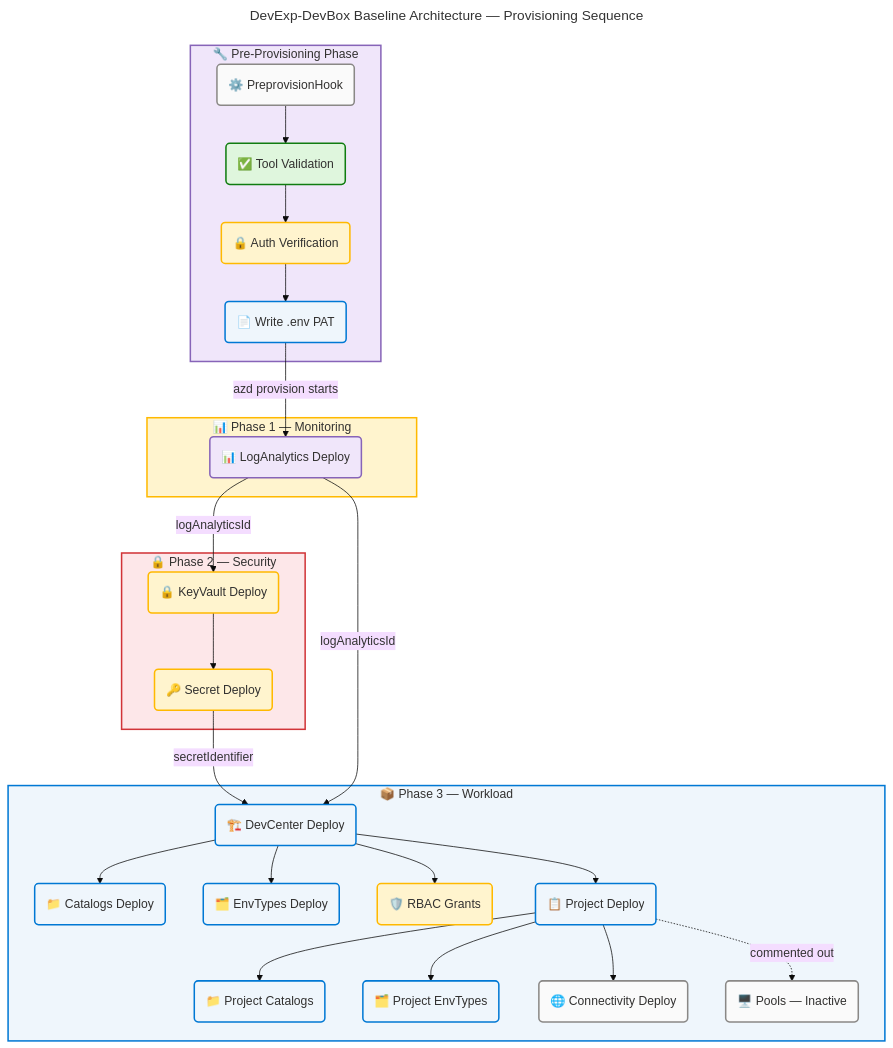
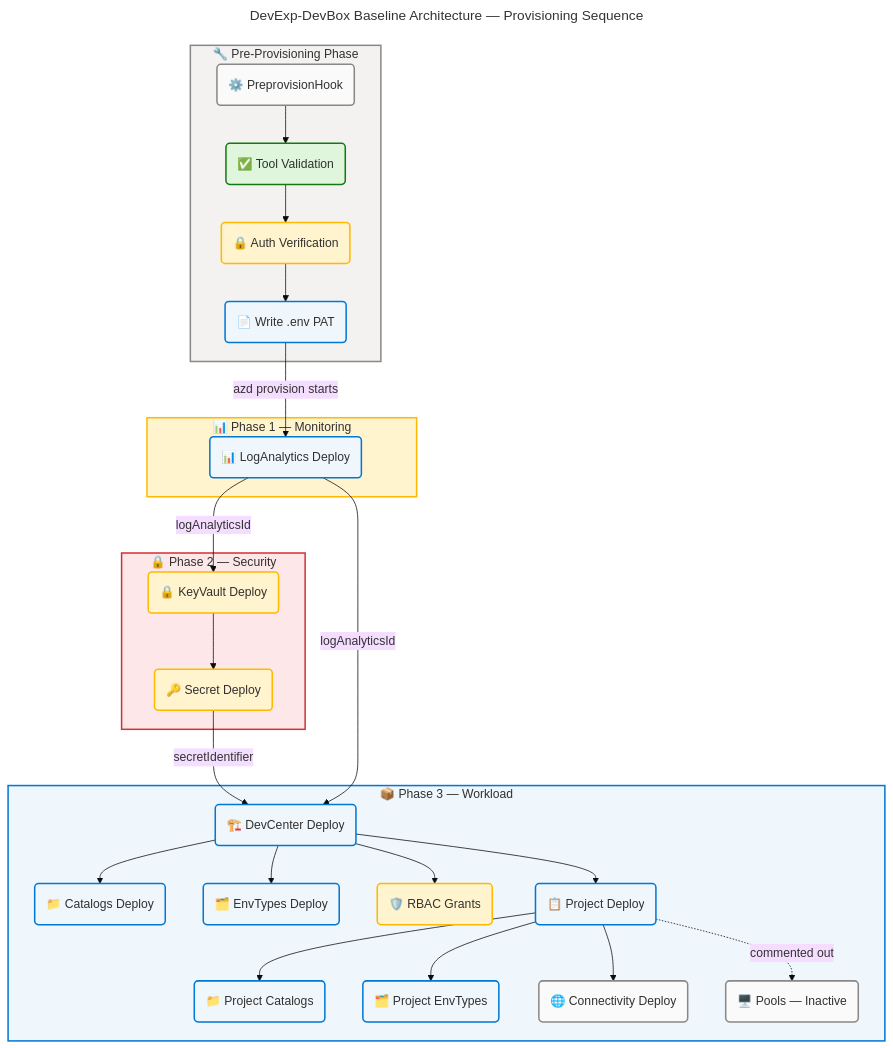
Before and after one commit to Evilazaro/DevExp-DevBox: the fifth of 7 diagrams in docs/architecture/application-architecture.md, drawn with Mermaid. The commit also changed other lines of this file, not shown here.

Commit message:
refactor: Update Mermaid diagram styles for improved visual consistency in application architecture documentation

````diff
--- a/docs/architecture/application-architecture.md
+++ b/docs/architecture/application-architecture.md
@@ -711,7 +705,7 @@
     end
 
     subgraph MonPhase["📊 Phase 1 — Monitoring"]
-        LAdepl("📊 LogAnalytics Deploy"):::data
+        LAdepl("📊 LogAnalytics Deploy"):::core
     end
 
     subgraph SecPhase["🔒 Phase 2 — Security"]
@@ -748,7 +742,7 @@
     ProjDepl --> ConnDepl
     ProjDepl -.->|"commented out"| PoolDepl
 
-    style PreProv fill:#F0E6FA,stroke:#8764B8,stroke-width:2px,color:#323130
+    style PreProv fill:#F3F2F1,stroke:#8A8886,stroke-width:2px,color:#323130
     style MonPhase fill:#FFF4CE,stroke:#FFB900,stroke-width:2px,color:#323130
     style SecPhase fill:#FDE7E9,stroke:#D13438,stroke-width:2px,color:#323130
     style WLPhase fill:#EFF6FC,stroke:#0078D4,stroke-width:2px,color:#323130
@@ -757,5 +751,4 @@
     classDef core fill:#EFF6FC,stroke:#0078D4,stroke-width:2px,color:#323130
     classDef success fill:#DFF6DD,stroke:#107C10,stroke-width:2px,color:#323130
     classDef warning fill:#FFF4CE,stroke:#FFB900,stroke-width:2px,color:#323130
-    classDef data fill:#F0E6FA,stroke:#8764B8,stroke-width:2px,color:#323130
 ```
````
